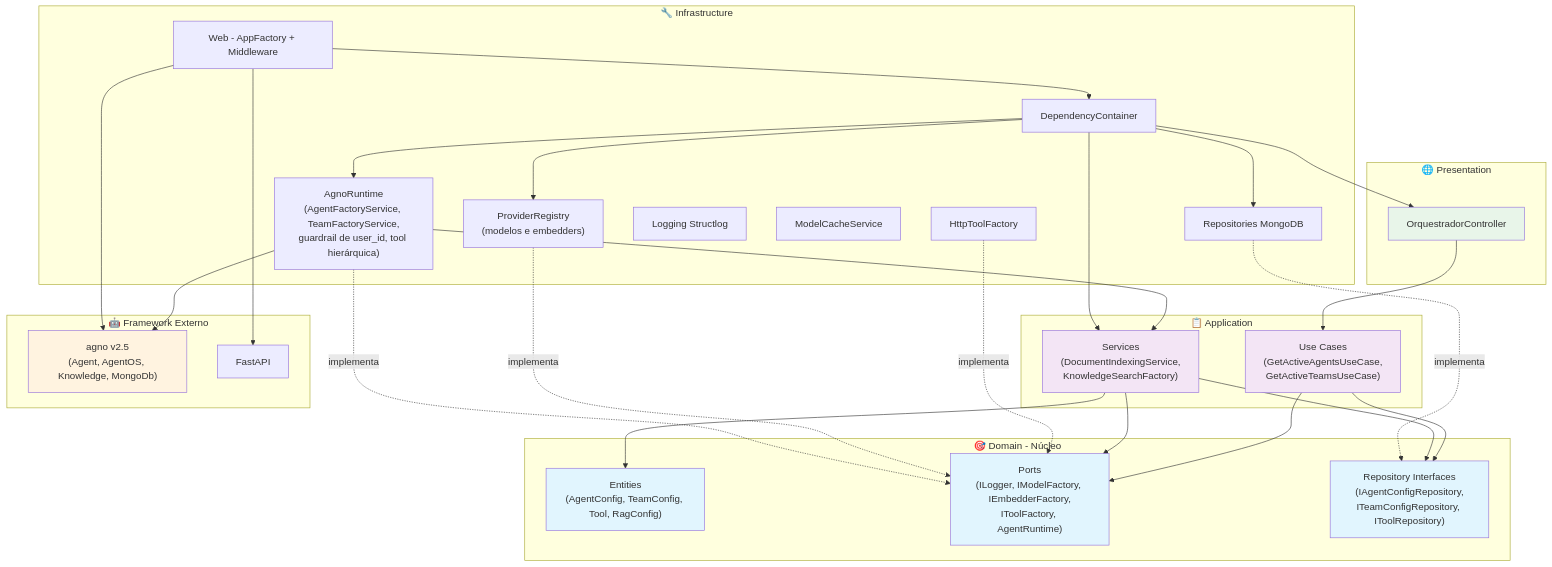
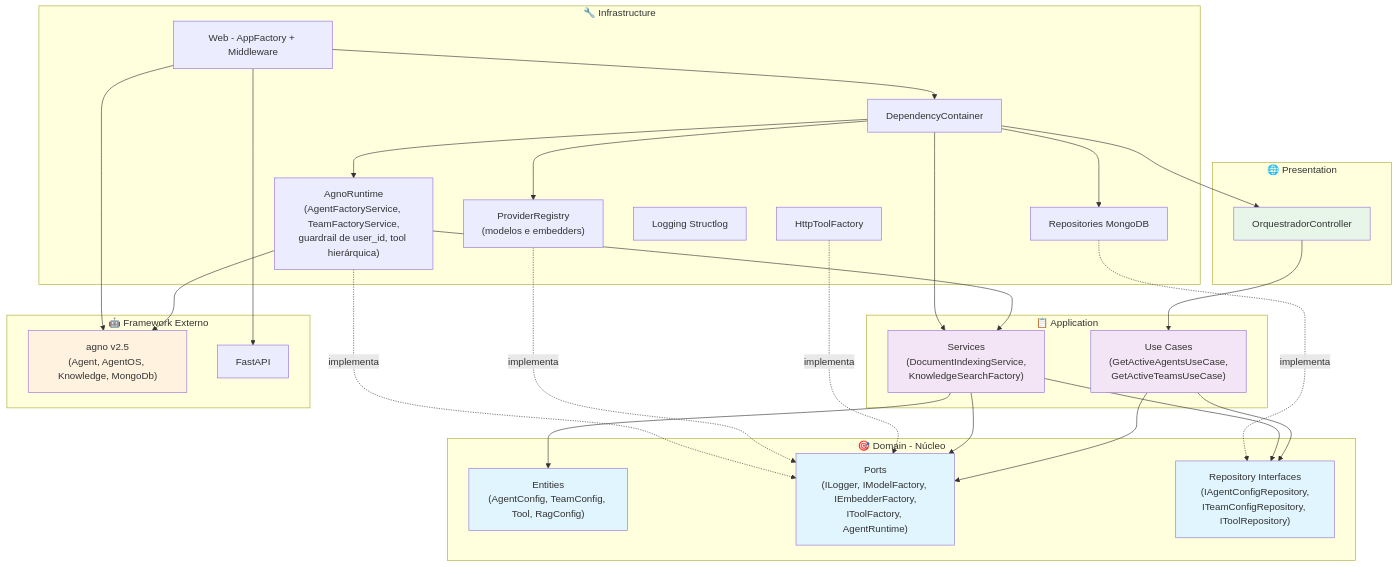
One commit to Mosfet04/orquestradorIAPythonArgo changed the first of 5 diagrams in README.pt-br.md. Above: the diagram before and after it, drawn with Mermaid. The commit also changed other lines of this file and 73 other files, not shown here.

````diff
--- a/README.pt-br.md
+++ b/README.pt-br.md
@@ -177,62 +177,61 @@
 ```mermaid
 graph TB
     subgraph "🎯 Domain - Núcleo"
         E["Entities<br/>(AgentConfig, TeamConfig, Tool, RagConfig)"]
         RP["Ports<br/>(ILogger, IModelFactory, IEmbedderFactory,<br/>IToolFactory, AgentRuntime)"]
         RI["Repository Interfaces<br/>(IAgentConfigRepository,<br/>ITeamConfigRepository, IToolRepository)"]
     end
 
     subgraph "📋 Application"
         UC["Use Cases<br/>(GetActiveAgentsUseCase,<br/>GetActiveTeamsUseCase)"]
         AS["Services<br/>(DocumentIndexingService,<br/>KnowledgeSearchFactory)"]
     end
 
     subgraph "🔧 Infrastructure"
         DB["Repositories MongoDB"]
         WEB["Web - AppFactory + Middleware"]
         HTTP["HttpToolFactory"]
         PROV["ProviderRegistry<br/>(modelos e embedders)"]
         RT["AgnoRuntime<br/>(AgentFactoryService, TeamFactoryService,<br/>guardrail de user_id, tool hierárquica)"]
         LOG["Logging Structlog"]
-        CACHE["ModelCacheService"]
         DI["DependencyContainer"]
     end
 
     subgraph "🌐 Presentation"
         CTRL["OrquestradorController"]
     end
 
     subgraph "🤖 Framework Externo"
         AGNO["agno v2.5<br/>(Agent, AgentOS, Knowledge, MongoDb)"]
         FAST["FastAPI"]
     end
 
     CTRL --> UC
     UC --> RP
     UC --> RI
     AS --> E
     AS --> RI
     AS --> RP
     DB -.->|implementa| RI
     HTTP -.->|implementa| RP
     PROV -.->|implementa| RP
     RT -.->|implementa| RP
     RT --> AS
     RT --> AGNO
     DI --> PROV
     DI --> RT
     DI --> CTRL
     DI --> AS
     DI --> DB
     WEB --> DI
     WEB --> FAST
     WEB --> AGNO
 
     style E fill:#e1f5fe
     style RP fill:#e1f5fe
     style RI fill:#e1f5fe
     style UC fill:#f3e5f5
     style AS fill:#f3e5f5
     style CTRL fill:#e8f5e9
     style AGNO fill:#fff3e0
 ```
````
